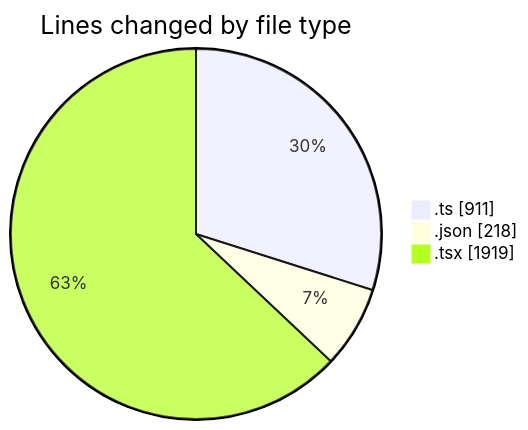
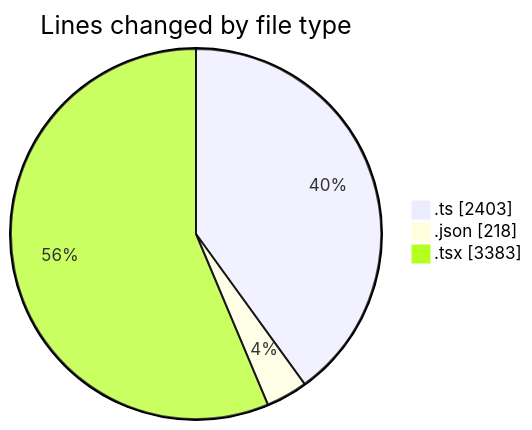
One commit to nxtqubesakshisongat/code-tracking changed the first of 2 diagrams in 2026-03-16/nxtqube_webapp/README.md. Above: the diagram before and after it, drawn with Mermaid. The commit also changed other lines of this file and 1 other file, not shown here.

````diff
--- a/2026-03-16/nxtqube_webapp/README.md
+++ b/2026-03-16/nxtqube_webapp/README.md
@@ -25,7 +29,7 @@
 ```mermaid
 pie showData
 title Lines changed by file type
-".ts" : 911
+".ts" : 2403
 ".json" : 218
-".tsx" : 1919
+".tsx" : 3383
 ```
````
